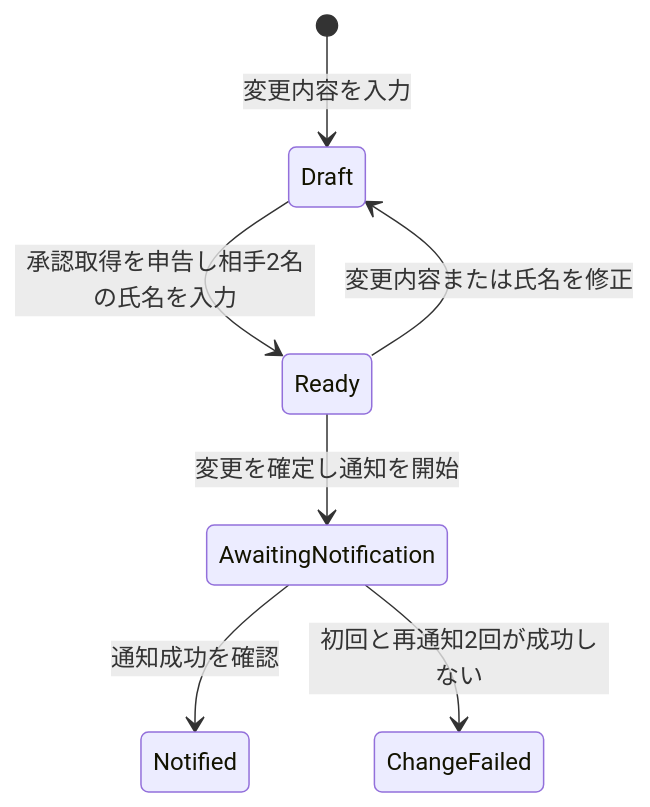
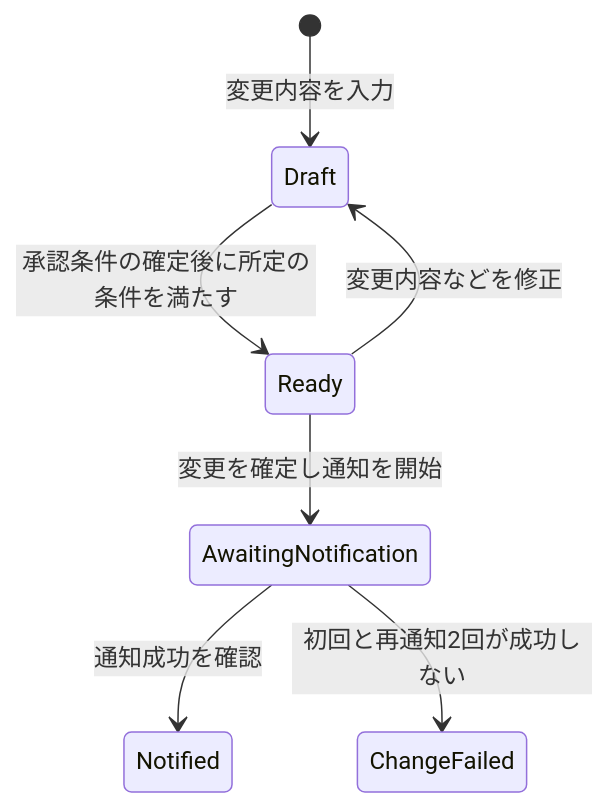
Before and after one commit to nto300002/kiiya-cleaning-checker: the third of 4 diagrams in docs/state-transitions.md, drawn with Mermaid. The commit also changed other lines of this file and 7 other files, not shown here.

````diff
--- a/docs/state-transitions.md
+++ b/docs/state-transitions.md
@@ -115,9 +115,9 @@
 ```mermaid
 stateDiagram-v2
     [*] --> Draft: 変更内容を入力
-    Draft --> Ready: 承認取得を申告し相手2名の氏名を入力
-    Ready --> Draft: 変更内容または氏名を修正
+    Draft --> Ready: 承認条件の確定後に所定の条件を満たす
+    Ready --> Draft: 変更内容などを修正
     Ready --> AwaitingNotification: 変更を確定し通知を開始
     AwaitingNotification --> Notified: 通知成功を確認
     AwaitingNotification --> ChangeFailed: 初回と再通知2回が成功しない
 ```
````
